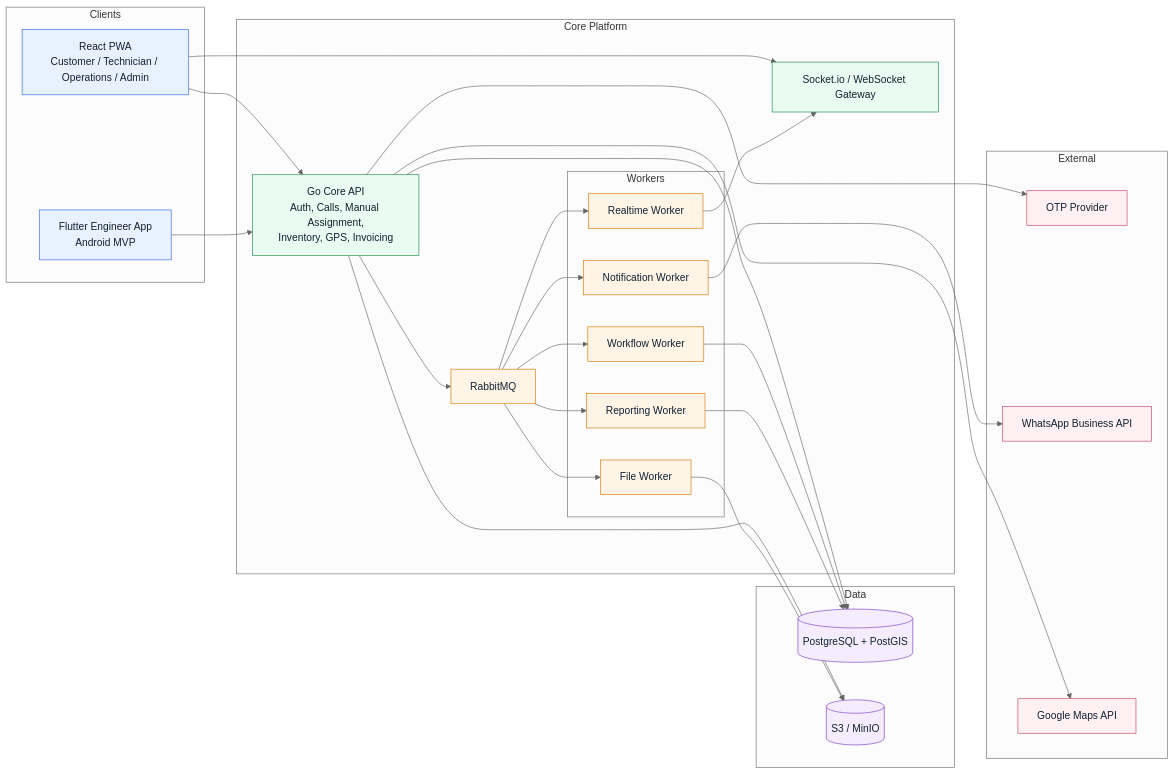
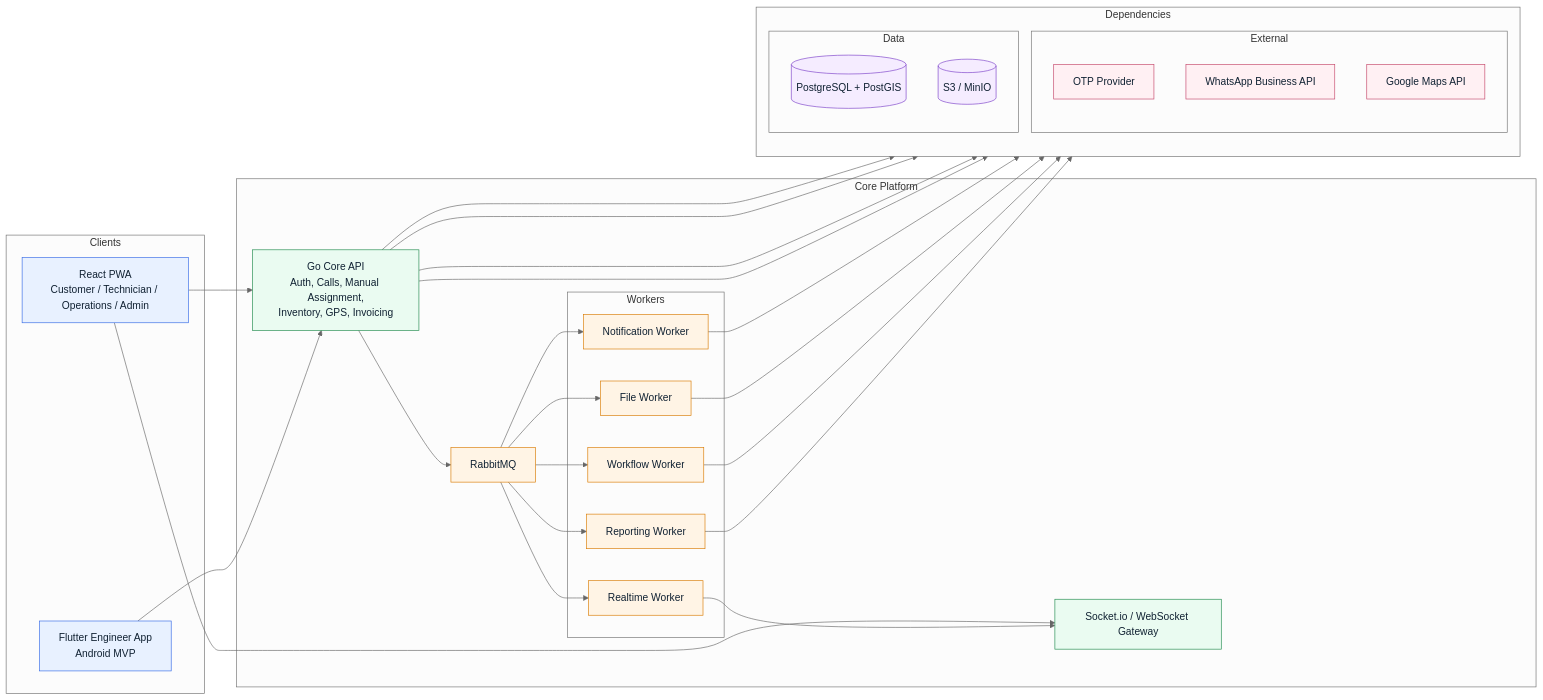
The first of 3 diagrams in Readme.md (Rama12/EIPlatform1), drawn with Mermaid (neutral theme) before and after one commit.

Commit message:
readme again

````diff
--- a/Readme.md
+++ b/Readme.md
@@ -42,61 +42,61 @@
 ```mermaid
 flowchart LR
     classDef client fill:#E8F1FF,stroke:#356AE6,color:#123;
     classDef core fill:#EAFBF1,stroke:#1F8A4C,color:#123;
     classDef async fill:#FFF4E5,stroke:#D97A00,color:#123;
     classDef data fill:#F5ECFF,stroke:#7A3EC8,color:#123;
     classDef ext fill:#FFF0F3,stroke:#C44569,color:#123;
 
     subgraph Clients
         PWA[React PWA<br/>Customer / Technician / Operations / Admin]
         ENGAPP[Flutter Engineer App<br/>Android MVP]
     end
 
     subgraph Core["Core Platform"]
         API[Go Core API<br/>Auth, Calls, Manual Assignment,<br/>Inventory, GPS, Invoicing]
         WS[Socket.io / WebSocket Gateway]
         MQ[RabbitMQ]
         subgraph Workers
             NOTIF[Notification Worker]
             REAL[Realtime Worker]
             FILE[File Worker]
             FLOW[Workflow Worker]
             REPORT[Reporting Worker]
         end
     end
 
-    subgraph Data
-        PG[(PostgreSQL + PostGIS)]
-        S3[(S3 / MinIO)]
-    end
+    subgraph Support["Dependencies"]
+        direction TB
+        subgraph External
+            OTP[OTP Provider]
+            WA[WhatsApp Business API]
+            MAPS[Google Maps API]
+        end
 
-    subgraph External
-        OTP[OTP Provider]
-        WA[WhatsApp Business API]
-        MAPS[Google Maps API]
+        subgraph Data
+            PG[(PostgreSQL + PostGIS)]
+            S3[(S3 / MinIO)]
+        end
     end
 
     PWA --> API
     ENGAPP --> API
     PWA --> WS
     API --> PG
     API --> S3
     API --> OTP
     API --> MAPS
     API --> MQ
 
     MQ --> NOTIF --> WA
     MQ --> REAL --> WS
     MQ --> FILE --> S3
     MQ --> FLOW --> PG
     MQ --> REPORT --> PG
 
-    PG ~~~ OTP
-    S3 ~~~ MAPS
-
     class PWA,ENGAPP client;
     class API,WS core;
     class MQ,NOTIF,REAL,FILE,FLOW,REPORT async;
     class PG,S3 data;
     class OTP,WA,MAPS ext;
 ```
````
